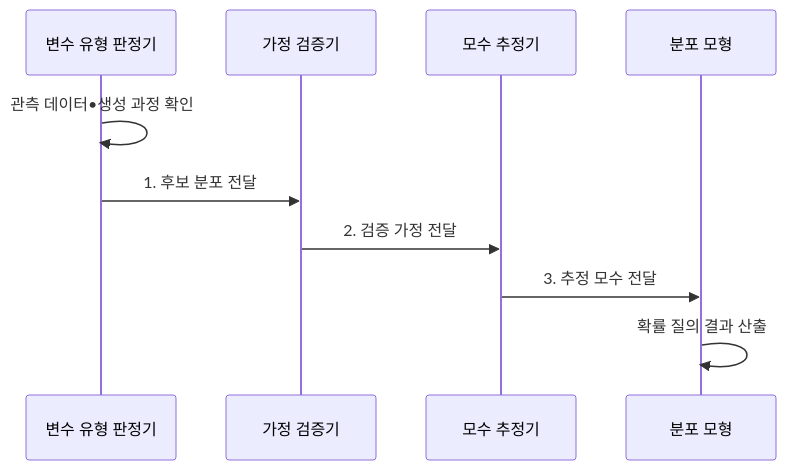
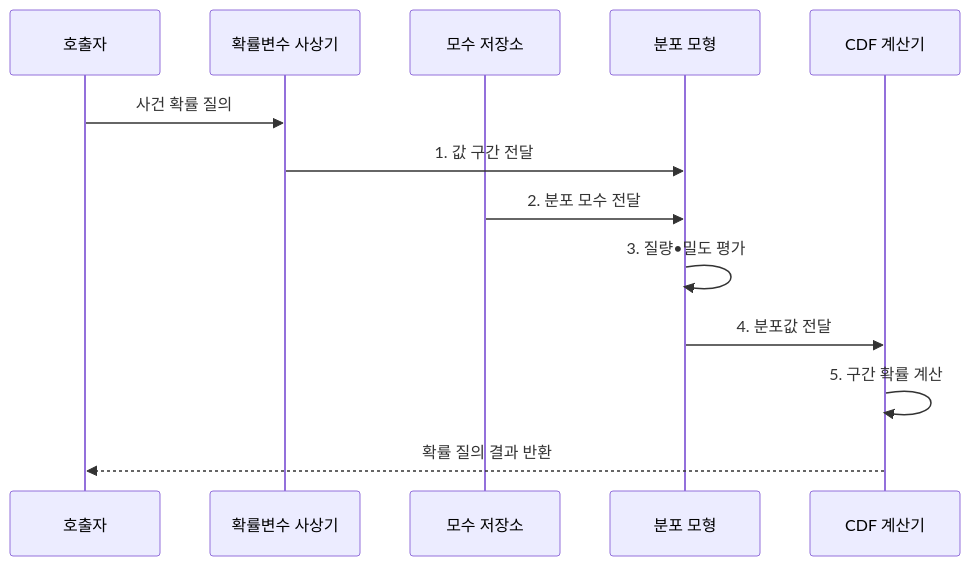
Before and after one commit to agnusdei1207/knowledge-base: the second of 2 diagrams in src/content/docs/notes/01-basic-theory/032_probability_distribution.md, drawn with Mermaid. The commit also changed other lines of this file and 12 other files, not shown here.

````diff
--- a/src/content/docs/notes/01-basic-theory/032_probability_distribution.md
+++ b/src/content/docs/notes/01-basic-theory/032_probability_distribution.md
@@ -103,12 +101,15 @@
 ```mermaid
 sequenceDiagram
-    participant T as 변수 유형 판정기
-    participant A as 가정 검증기
-    participant P as 모수 추정기
+    participant Q as 호출자
+    participant R as 확률변수 사상기
+    participant P as 모수 저장소
     participant M as 분포 모형
-    T->>T: 관측 데이터•생성 과정 확인
-    T->>A: 1. 후보 분포 전달
-    A->>P: 2. 검증 가정 전달
-    P->>M: 3. 추정 모수 전달
-    M->>M: 확률 질의 결과 산출
+    participant C as CDF 계산기
+    Q->>R: 사건 확률 질의
+    R->>M: 1. 값 구간 전달
+    P->>M: 2. 분포 모수 전달
+    M->>M: 3. 질량•밀도 평가
+    M->>C: 4. 분포값 전달
+    C->>C: 5. 구간 확률 계산
+    C-->>Q: 확률 질의 결과 반환
 ```
````
